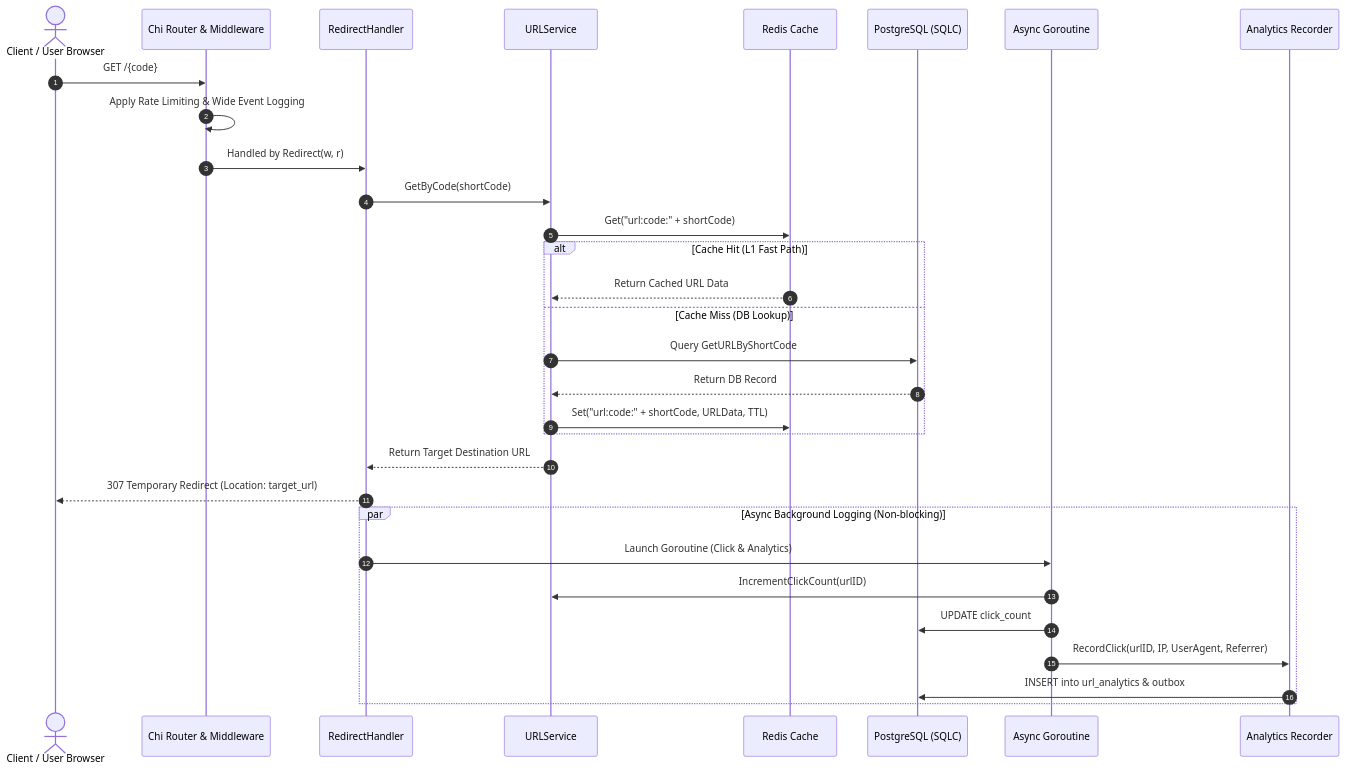
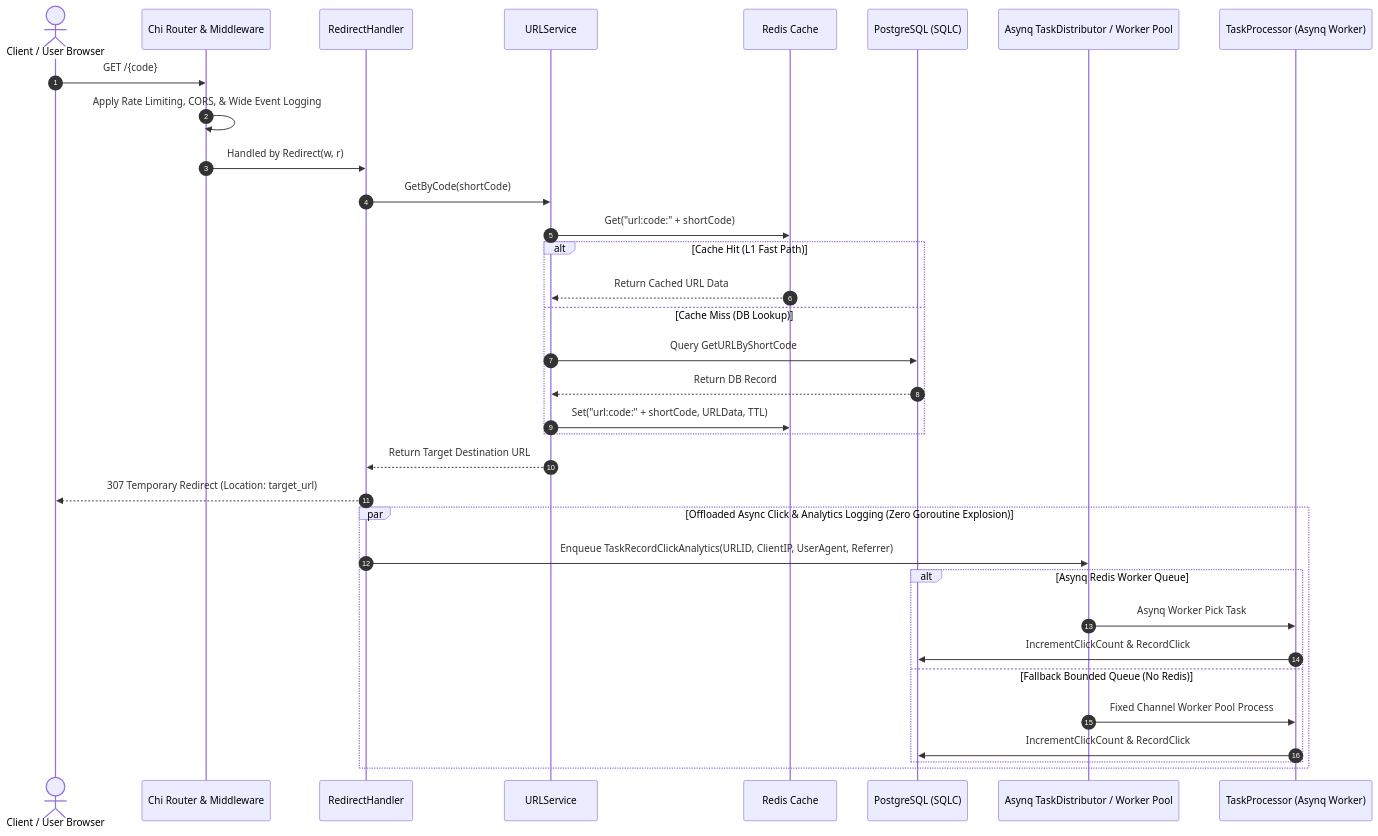
The second of 2 diagrams in README.md (semmidev/url-shortener), drawn with Mermaid before and after one commit. The commit also changed other lines of this file, not shown here.

First line of the commit message:
docs(readme): memperbarui dokumentasi arsitektur, worker queue, dan CI security pipelines

````diff
--- a/README.md
+++ b/README.md
@@ -173,37 +186,40 @@
 ```mermaid
 sequenceDiagram
     autonumber
     actor User as Client / User Browser
     participant Chi as Chi Router & Middleware
     participant RedH as RedirectHandler
     participant URLSvc as URLService
     participant Redis as Redis Cache
     participant DB as PostgreSQL (SQLC)
-    participant AsyncLog as Async Goroutine
-    participant Analytics as Analytics Recorder
+    participant TaskDist as Asynq TaskDistributor / Worker Pool
+    participant WorkerProc as TaskProcessor (Asynq Worker)
 
     User->>Chi: GET /{code}
-    Chi->>Chi: Apply Rate Limiting & Wide Event Logging
+    Chi->>Chi: Apply Rate Limiting, CORS, & Wide Event Logging
     Chi->>RedH: Handled by Redirect(w, r)
     RedH->>URLSvc: GetByCode(shortCode)
 
     URLSvc->>Redis: Get("url:code:" + shortCode)
     alt Cache Hit (L1 Fast Path)
         Redis-->>URLSvc: Return Cached URL Data
     else Cache Miss (DB Lookup)
         URLSvc->>DB: Query GetURLByShortCode
         DB-->>URLSvc: Return DB Record
         URLSvc->>Redis: Set("url:code:" + shortCode, URLData, TTL)
     end
 
     URLSvc-->>RedH: Return Target Destination URL
     RedH-->>User: 307 Temporary Redirect (Location: target_url)
 
-    par Async Background Logging (Non-blocking)
-        RedH->>AsyncLog: Launch Goroutine (Click & Analytics)
-        AsyncLog->>URLSvc: IncrementClickCount(urlID)
-        AsyncLog->>DB: UPDATE click_count
-        AsyncLog->>Analytics: RecordClick(urlID, IP, UserAgent, Referrer)
-        Analytics->>DB: INSERT into url_analytics & outbox
+    par Offloaded Async Click & Analytics Logging (Zero Goroutine Explosion)
+        RedH->>TaskDist: Enqueue TaskRecordClickAnalytics(URLID, ClientIP, UserAgent, Referrer)
+        alt Asynq Redis Worker Queue
+            TaskDist->>WorkerProc: Asynq Worker Pick Task
+            WorkerProc->>DB: IncrementClickCount & RecordClick
+        else Fallback Bounded Queue (No Redis)
+            TaskDist->>WorkerProc: Fixed Channel Worker Pool Process
+            WorkerProc->>DB: IncrementClickCount & RecordClick
+        end
     end
 ```
````
